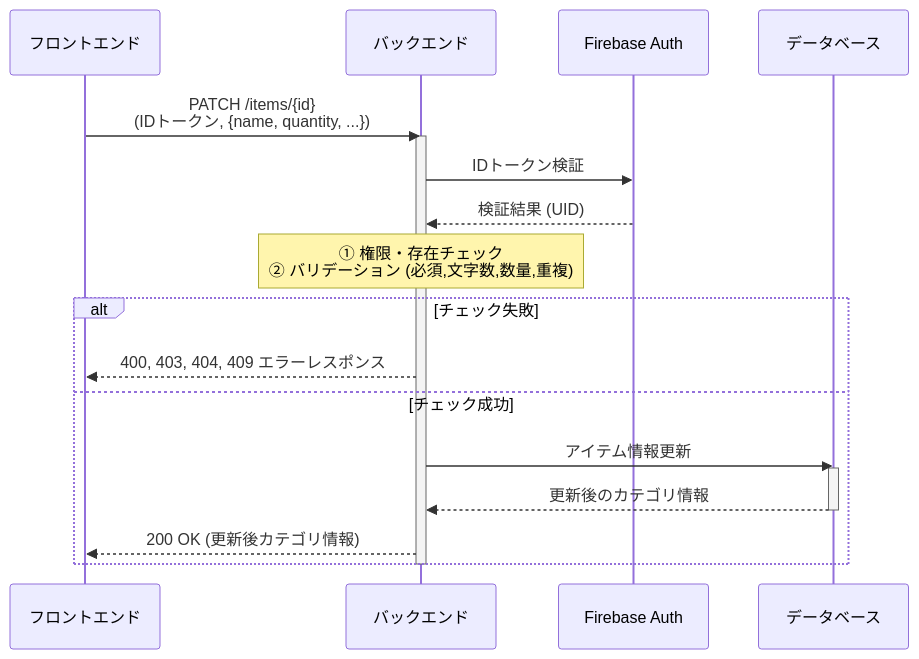
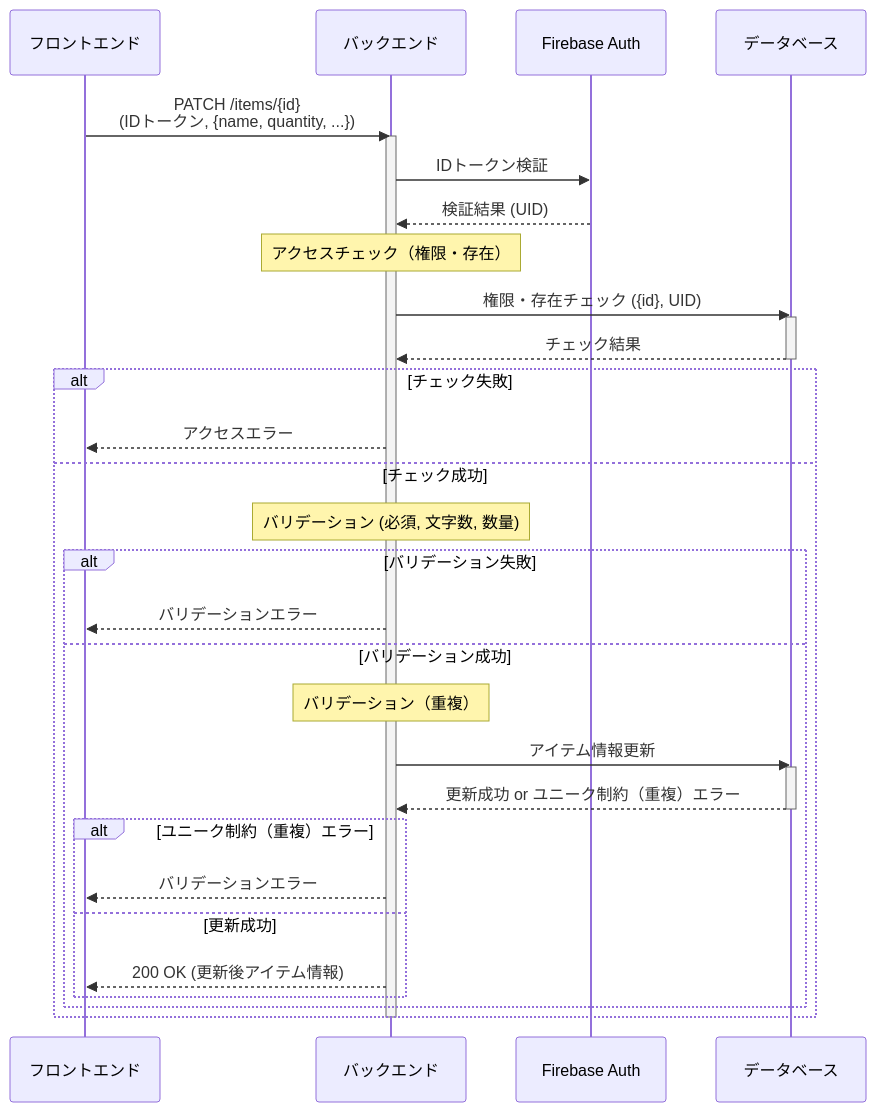
Before and after one commit to miki-hayashi-71/inventory-api: the eighth of 9 diagrams in doc/seaquence.md, drawn with Mermaid. The commit also changed other lines of this file, not shown here.

Commit message:
docs: Update sequence diagram

````diff
--- a/doc/seaquence.md
+++ b/doc/seaquence.md
@@ -203,26 +240,41 @@
 ```mermaid
 sequenceDiagram
     participant フロントエンド
     participant バックエンド
     participant Firebase Auth
     participant データベース
 
     フロントエンド->>バックエンド: PATCH /items/{id} <br> (IDトークン, {name, quantity, ...})
     activate バックエンド
     バックエンド->>Firebase Auth: IDトークン検証
     Firebase Auth-->>バックエンド: 検証結果 (UID)
 
-    note over バックエンド: ① 権限・存在チェック <br> ② バリデーション (必須,文字数,数量,重複)
+    note over バックエンド: アクセスチェック（権限・存在）
+    バックエンド->>データベース: 権限・存在チェック ({id}, UID)
+    activate データベース
+    データベース-->>バックエンド: チェック結果
+    deactivate データベース
 
     alt チェック失敗
-        バックエンド-->>フロントエンド: 400, 403, 404, 409 エラーレスポンス
+        バックエンド-->>フロントエンド: アクセスエラー
     else チェック成功
-        バックエンド->>データベース: アイテム情報更新
-        activate データベース
-        データベース-->>バックエンド: 更新後のカテゴリ情報
-        deactivate データベース
-        バックエンド-->>フロントエンド: 200 OK (更新後カテゴリ情報)
+        note over バックエンド: バリデーション (必須, 文字数, 数量)
+        
+        alt バリデーション失敗
+            バックエンド-->>フロントエンド: バリデーションエラー
+        else バリデーション成功
+            note over バックエンド: バリデーション（重複）
+            バックエンド->>データベース: アイテム情報更新
+            activate データベース
+            データベース-->>バックエンド: 更新成功 or ユニーク制約（重複）エラー
+            deactivate データベース
+
+            alt ユニーク制約（重複）エラー
+                バックエンド-->>フロントエンド: バリデーションエラー
+            else 更新成功
+                バックエンド-->>フロントエンド: 200 OK (更新後アイテム情報)
+            end
+        end
     end
     deactivate バックエンド
-
 ```
````
